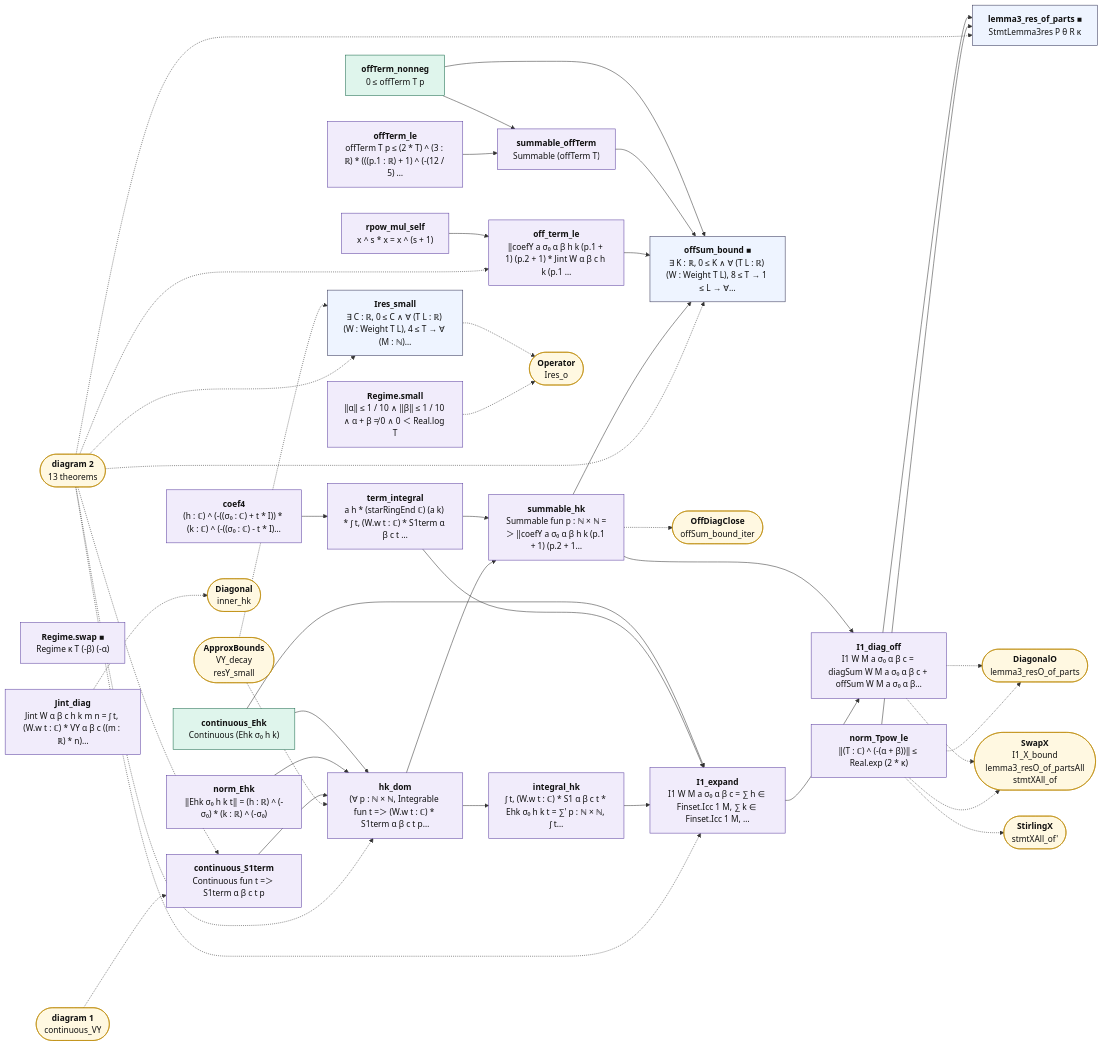
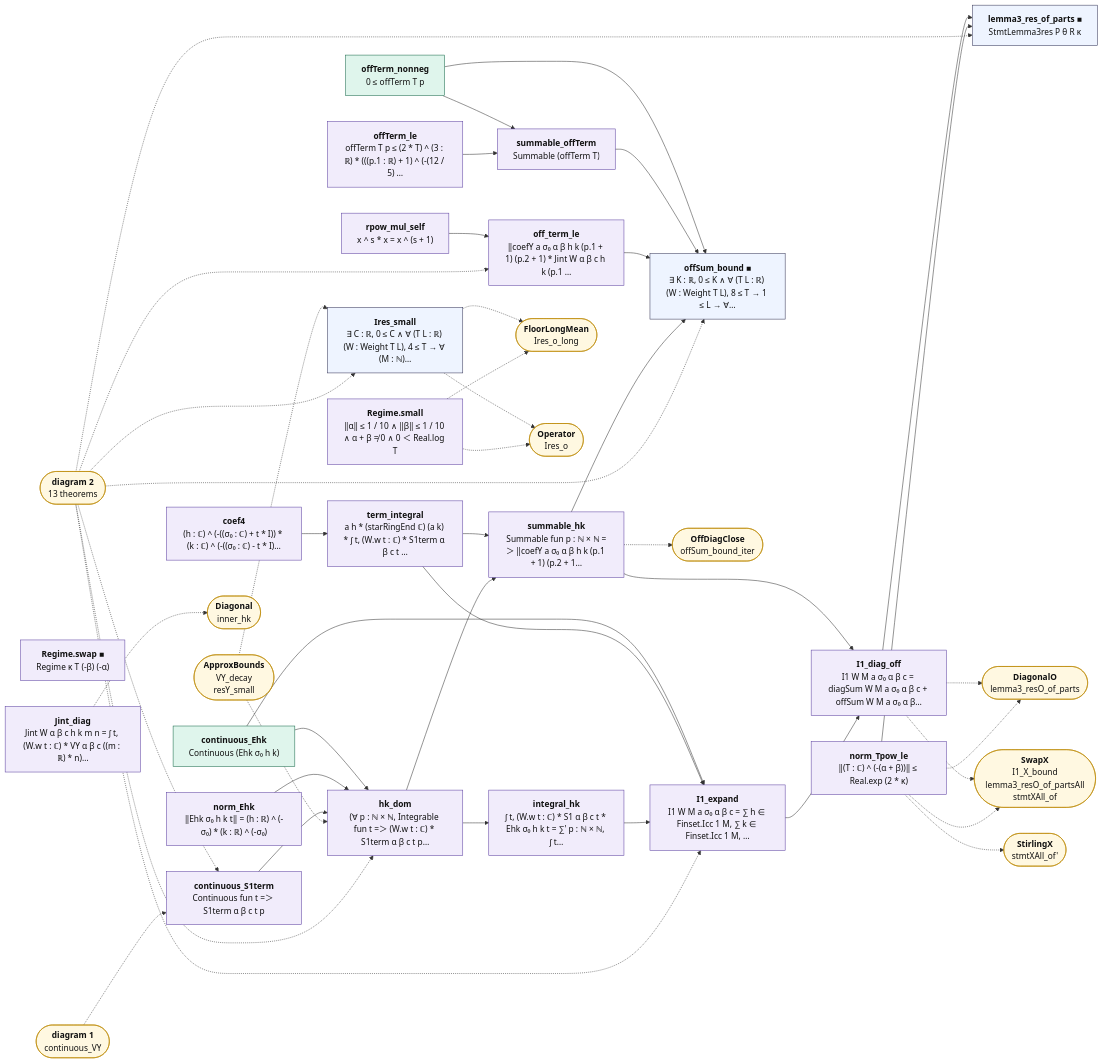
Before and after one commit to juliansambranojr/Primebeat_081426: the third of 3 diagrams in map/lean_stage3/TwistedMoment.md, drawn with Mermaid. The commit also changed other lines of this file and 64 other files, not shown here.

```diff
--- a/map/lean_stage3/TwistedMoment.md
+++ b/map/lean_stage3/TwistedMoment.md
@@ -274,13 +276,14 @@
   n21["<b>lemma3_res_of_parts ■</b><br/>StmtLemma3res P θ R κ"]:::thm
   x0(["<b>ApproxBounds</b><br/>VY_decay<br/>resY_small"]):::ext
   x1(["<b>diagram 2</b><br/>13 theorems"]):::ext
-  x2(["<b>Operator</b><br/>Ires_o"]):::ext
-  x3(["<b>diagram 1</b><br/>continuous_VY"]):::ext
-  x4(["<b>OffDiagClose</b><br/>offSum_bound_iter"]):::ext
-  x5(["<b>Diagonal</b><br/>inner_hk"]):::ext
-  x6(["<b>DiagonalO</b><br/>lemma3_resO_of_parts"]):::ext
-  x7(["<b>SwapX</b><br/>I1_X_bound<br/>lemma3_resO_of_partsAll<br/>stmtXAll_of"]):::ext
-  x8(["<b>StirlingX</b><br/>stmtXAll_of'"]):::ext
+  x2(["<b>FloorLongMean</b><br/>Ires_o_long"]):::ext
+  x3(["<b>Operator</b><br/>Ires_o"]):::ext
+  x4(["<b>diagram 1</b><br/>continuous_VY"]):::ext
+  x5(["<b>OffDiagClose</b><br/>offSum_bound_iter"]):::ext
+  x6(["<b>Diagonal</b><br/>inner_hk"]):::ext
+  x7(["<b>DiagonalO</b><br/>lemma3_resO_of_parts"]):::ext
+  x8(["<b>SwapX</b><br/>I1_X_bound<br/>lemma3_resO_of_partsAll<br/>stmtXAll_of"]):::ext
+  x9(["<b>StirlingX</b><br/>stmtXAll_of'"]):::ext
   n1 --> n4
   n11 --> n21
   n12 --> n14
@@ -303,14 +306,16 @@
   n8 --> n17
   n9 --> n11
   n0 -.-> x2
-  n10 -.-> x5
-  n11 -.-> x6
+  n0 -.-> x3
+  n10 -.-> x6
   n11 -.-> x7
+  n11 -.-> x8
   n19 -.-> x2
-  n20 -.-> x6
+  n19 -.-> x3
   n20 -.-> x7
   n20 -.-> x8
-  n8 -.-> x4
+  n20 -.-> x9
+  n8 -.-> x5
   x0 -.-> n0
   x0 -.-> n6
   x1 -.-> n0
@@ -320,7 +325,7 @@
   x1 -.-> n5
   x1 -.-> n6
   x1 -.-> n9
-  x3 -.-> n5
+  x4 -.-> n5
   classDef cnt fill:#dff5ec,stroke:#17694a,color:#111
   classDef shp fill:#f1ecfb,stroke:#5b3fa0,color:#111
   classDef rh fill:#ffe5e5,stroke:#c22,color:#111,stroke-width:2px
```
